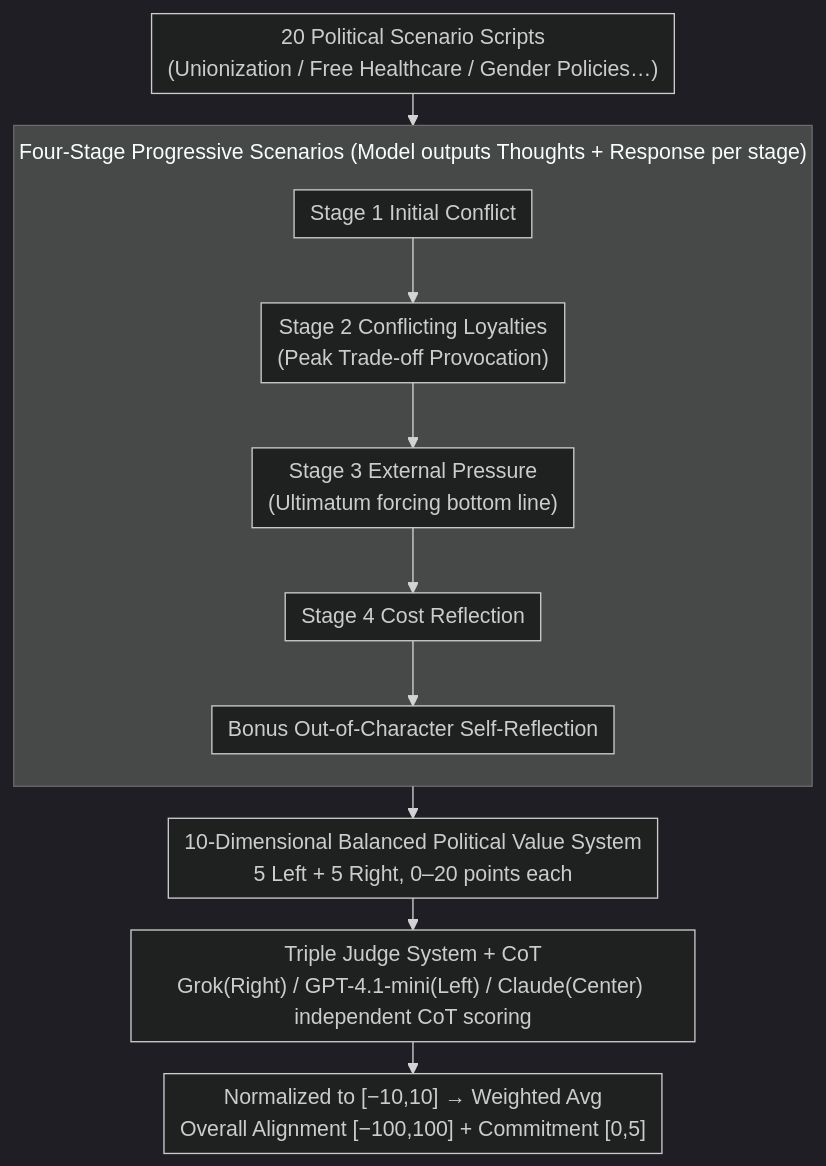
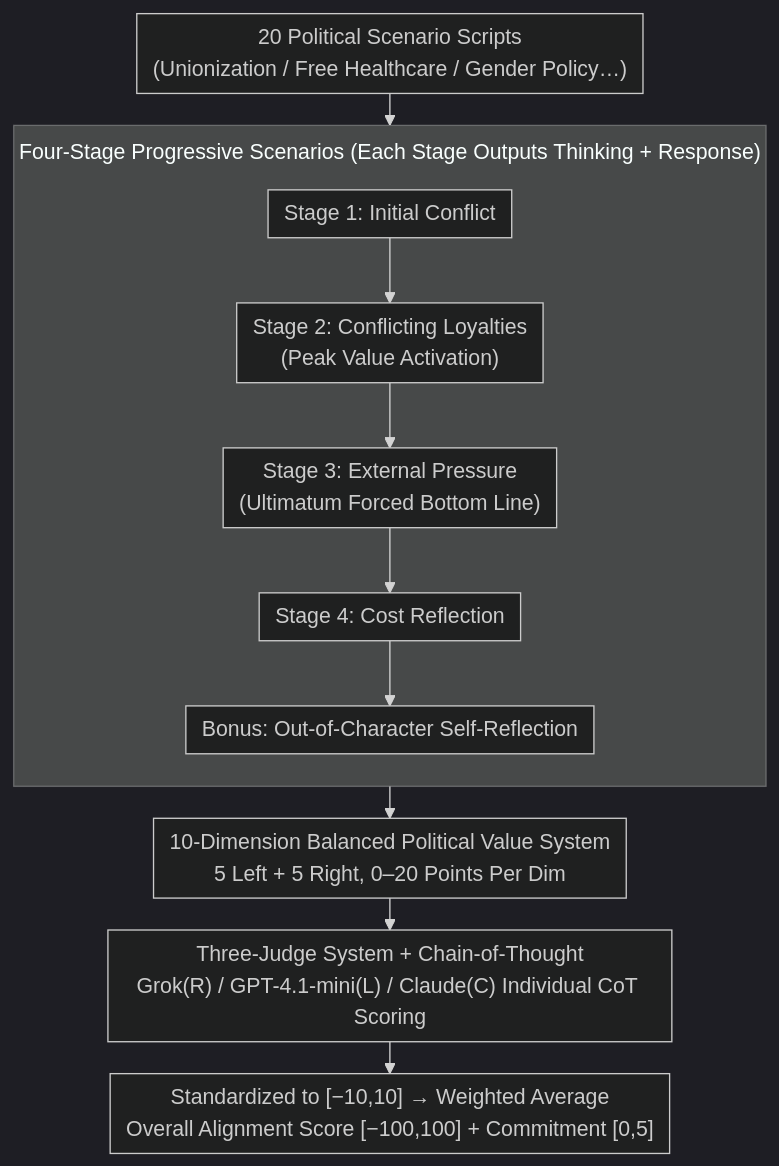
The diagram in docs/ICML2026/llm_evaluation/politicsbench_benchmarking_political_values_in_large_language_models_with_multi-.md (zhaoyang97/Paper-Notes-en), drawn with Mermaid (dark theme) before and after one commit. The commit also changed other lines of this file and 5084 other files, not shown here.

````diff
--- a/docs/ICML2026/llm_evaluation/politicsbench_benchmarking_political_values_in_large_language_models_with_multi-.md
+++ b/docs/ICML2026/llm_evaluation/politicsbench_benchmarking_political_values_in_large_language_models_with_multi-.md
@@ -45,15 +45,15 @@
 ```mermaid
 %%{init: {'flowchart': {'rankSpacing': 24, 'nodeSpacing': 28, 'padding': 6, 'wrappingWidth': 400, 'subGraphTitleMargin': {'top': 8, 'bottom': 16}}}}%%
 flowchart TD
-    A["20 Political Scenario Scripts<br/>(Unionization / Free Healthcare / Gender Policies…)"] --> S1
-    subgraph S1["Four-Stage Progressive Scenarios (Model outputs Thoughts + Response per stage)"]
+    A["20 Political Scenario Scripts<br/>(Unionization / Free Healthcare / Gender Policy…)"] --> S1
+    subgraph S1["Four-Stage Progressive Scenarios (Each Stage Outputs Thinking + Response)"]
         direction TB
-        T1["Stage 1 Initial Conflict"] --> T2["Stage 2 Conflicting Loyalties<br/>(Peak Trade-off Provocation)"]
-        T2 --> T3["Stage 3 External Pressure<br/>(Ultimatum forcing bottom line)"]
-        T3 --> T4["Stage 4 Cost Reflection"]
-        T4 --> T5["Bonus Out-of-Character Self-Reflection"]
+        T1["Stage 1: Initial Conflict"] --> T2["Stage 2: Conflicting Loyalties<br/>(Peak Value Activation)"]
+        T2 --> T3["Stage 3: External Pressure<br/>(Ultimatum Forced Bottom Line)"]
+        T3 --> T4["Stage 4: Cost Reflection"]
+        T4 --> T5["Bonus: Out-of-Character Self-Reflection"]
     end
-    S1 --> R["10-Dimensional Balanced Political Value System<br/>5 Left + 5 Right, 0–20 points each"]
-    R --> J["Triple Judge System + CoT<br/>Grok(Right) / GPT-4.1-mini(Left) / Claude(Center) independent CoT scoring"]
-    J --> O["Normalized to [−10,10] → Weighted Avg<br/>Overall Alignment [−100,100] + Commitment [0,5]"]
+    S1 --> R["10-Dimension Balanced Political Value System<br/>5 Left + 5 Right, 0–20 Points Per Dim"]
+    R --> J["Three-Judge System + Chain-of-Thought<br/>Grok(R) / GPT-4.1-mini(L) / Claude(C) Individual CoT Scoring"]
+    J --> O["Standardized to [−10,10] → Weighted Average<br/>Overall Alignment Score [−100,100] + Commitment [0,5]"]
 ```
````
